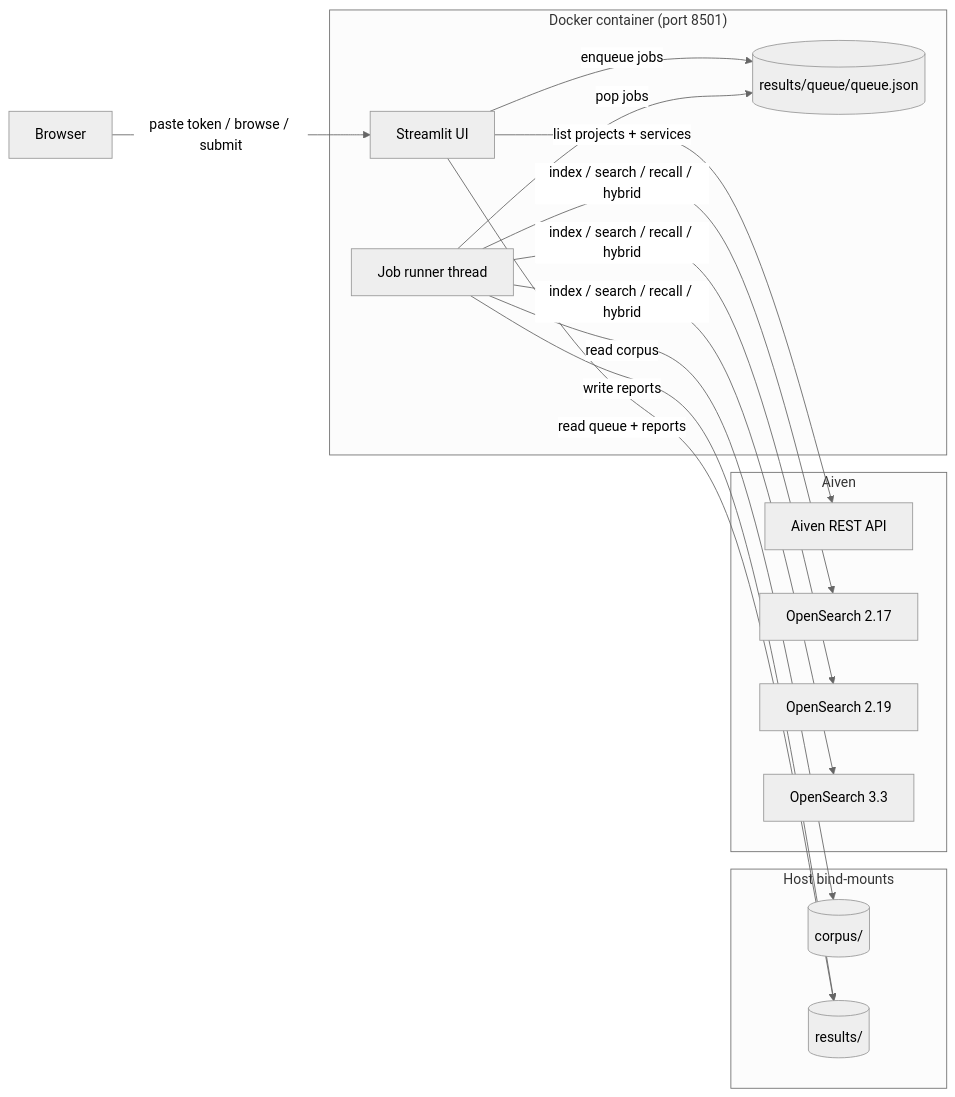
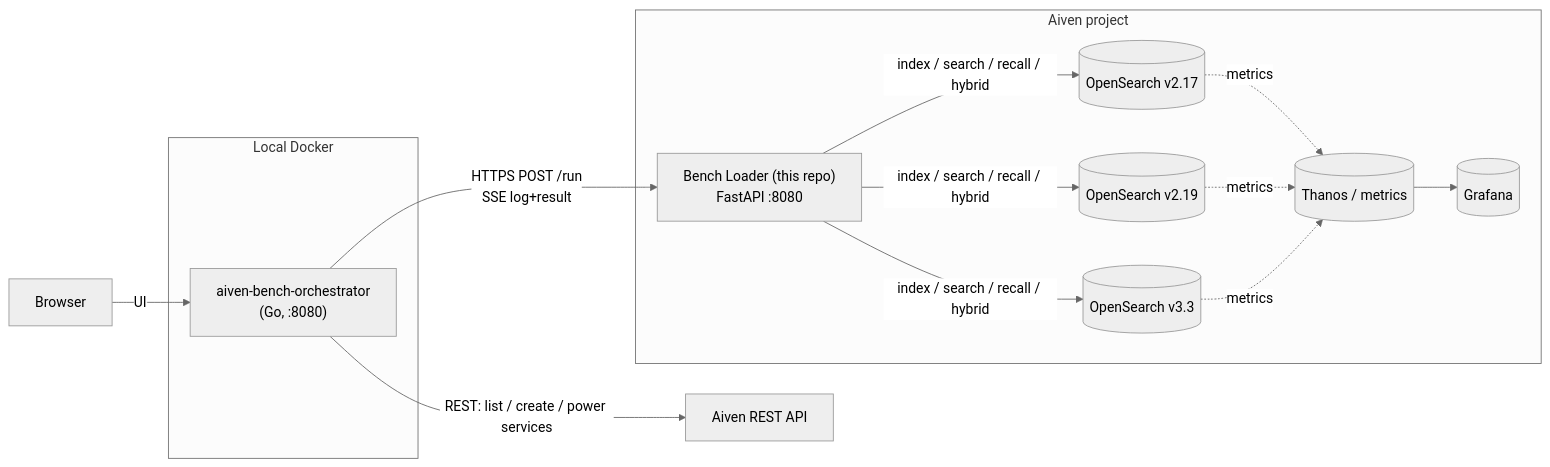
Before and after one commit to Steve-Aiven/aiven-bench-loader: the diagram in README.md, drawn with Mermaid (neutral theme). The commit also changed other lines of this file and 13 other files, not shown here.

First line of the commit message:
refactor: remove Go code, align with aiven-bench-orchestrator split

````diff
--- a/README.md
+++ b/README.md
@@ -11,31 +21,27 @@
 ```mermaid
 flowchart LR
-    subgraph container["Docker container (port 8501)"]
-        ui[Streamlit UI]
-        runner[Job runner thread]
-        queue[(results/queue/queue.json)]
+    user[Browser] -->|UI| orch
+
+    subgraph local["Local Docker"]
+        orch["aiven-bench-orchestrator<br/>(Go, :8080)"]
     end
 
-    subgraph host["Host bind-mounts"]
-        corpus[(corpus/)]
-        results[(results/)]
+    subgraph aiven["Aiven project"]
+        loader["Bench Loader (this repo)<br/>FastAPI :8080"]
+        os1[(OpenSearch v2.17)]
+        os2[(OpenSearch v2.19)]
+        os3[(OpenSearch v3.3)]
+        thanos[(Thanos / metrics)]
+        graf[(Grafana)]
     end
 
-    subgraph aiven["Aiven"]
-        api[Aiven REST API]
-        os217[OpenSearch 2.17]
-        os219[OpenSearch 2.19]
-        os33[OpenSearch 3.3]
-    end
-
-    user[Browser] -->|paste token / browse / submit| ui
-    ui -->|list projects + services| api
-    ui -->|enqueue jobs| queue
-    runner -->|pop jobs| queue
-    runner -->|read corpus| corpus
-    runner -->|index / search / recall / hybrid| os217
-    runner -->|index / search / recall / hybrid| os219
-    runner -->|index / search / recall / hybrid| os33
-    runner -->|write reports| results
-    ui -->|read queue + reports| results
+    orch -->|REST: list / create / power services| api[Aiven REST API]
+    orch -->|HTTPS POST /run<br/>SSE log+result| loader
+    loader -->|index / search / recall / hybrid| os1
+    loader -->|index / search / recall / hybrid| os2
+    loader -->|index / search / recall / hybrid| os3
+    os1 -.metrics.-> thanos
+    os2 -.metrics.-> thanos
+    os3 -.metrics.-> thanos
+    thanos --> graf
 ```
````
